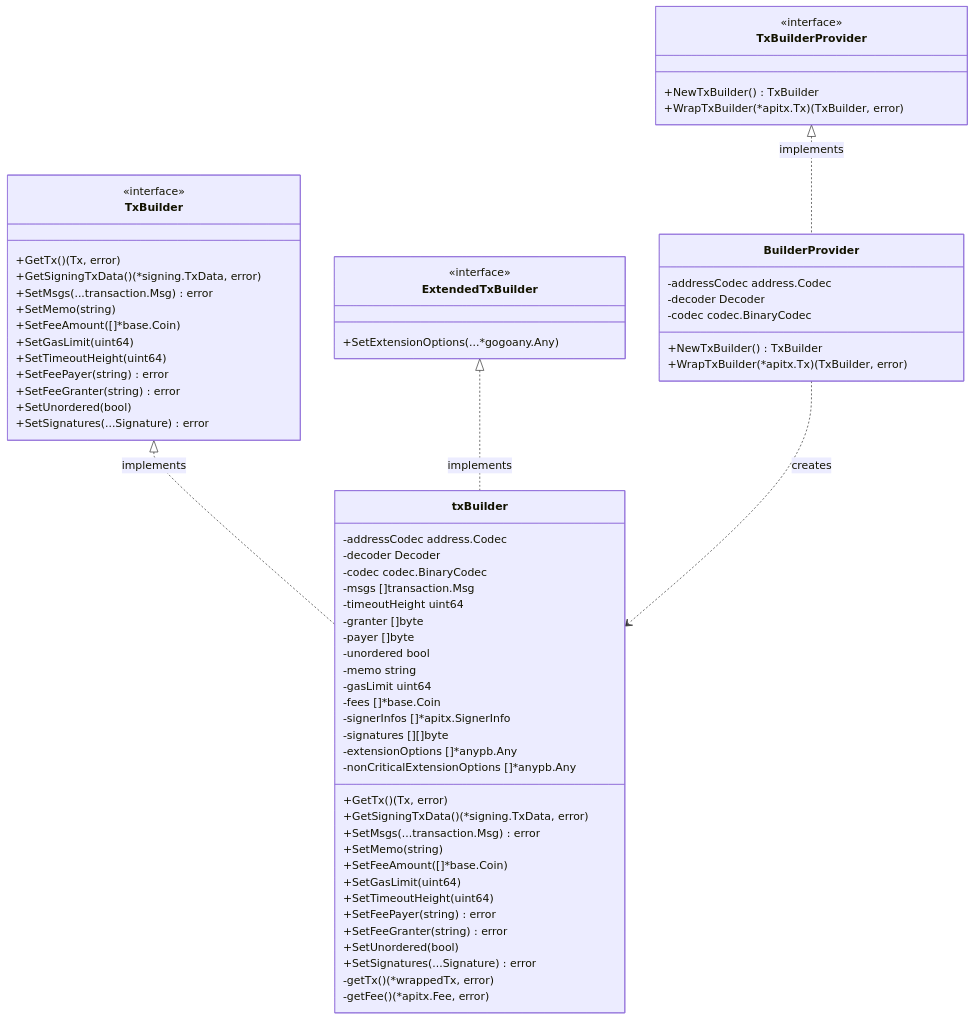
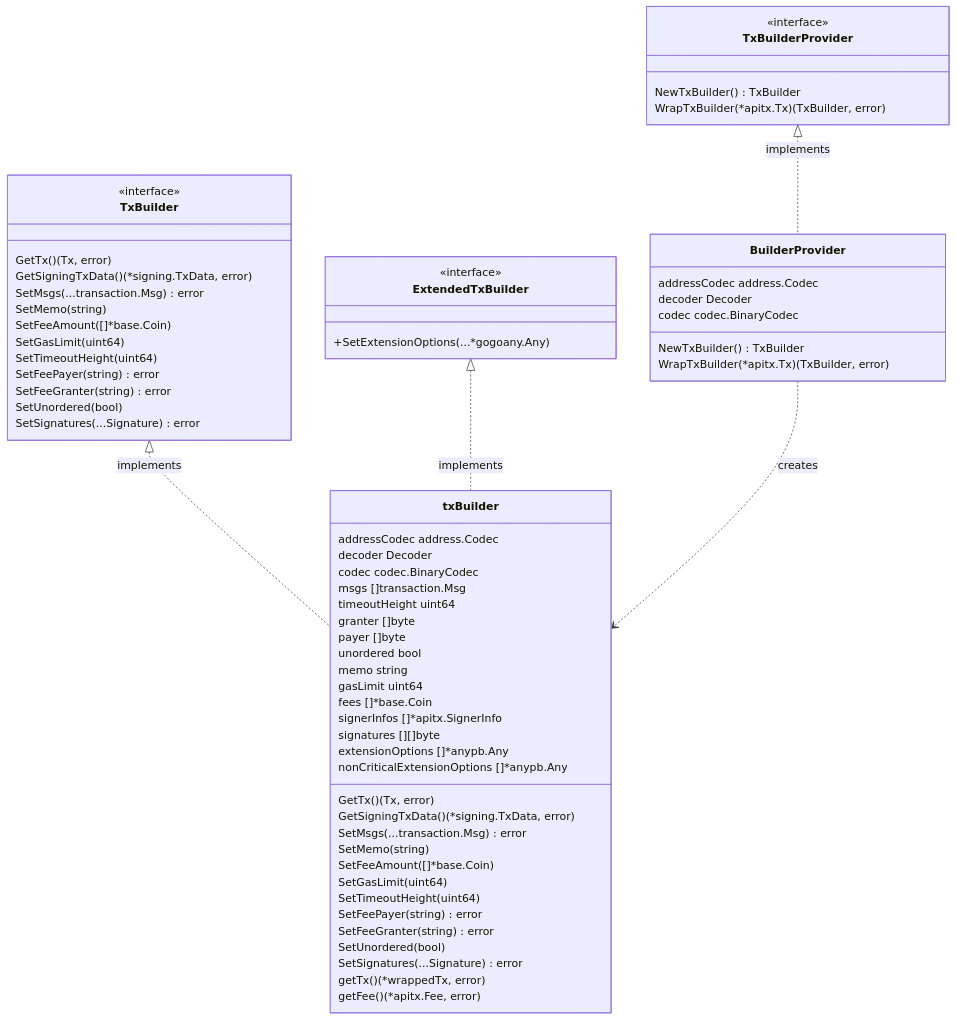
The third of 9 diagrams in client/v2/tx/README.md (cosmos/cosmos-sdk), drawn with Mermaid before and after one commit. The commit also changed other lines of this file and 3 other files, not shown here.

````diff
--- a/client/v2/tx/README.md
+++ b/client/v2/tx/README.md
@@ -105,72 +105,72 @@
 ```mermaid
 classDiagram
     class TxBuilder {
         <<interface>>
-        +GetTx() (Tx, error)
-        +GetSigningTxData() (*signing.TxData, error)
-        +SetMsgs(...transaction.Msg) error
-        +SetMemo(string)
-        +SetFeeAmount([]*base.Coin)
-        +SetGasLimit(uint64)
-        +SetTimeoutHeight(uint64)
-        +SetFeePayer(string) error
-        +SetFeeGranter(string) error
-        +SetUnordered(bool)
-        +SetSignatures(...Signature) error
+        GetTx() (Tx, error)
+        GetSigningTxData() (*signing.TxData, error)
+        SetMsgs(...transaction.Msg) error
+        SetMemo(string)
+        SetFeeAmount([]*base.Coin)
+        SetGasLimit(uint64)
+        SetTimeoutHeight(uint64)
+        SetFeePayer(string) error
+        SetFeeGranter(string) error
+        SetUnordered(bool)
+        SetSignatures(...Signature) error
     }
 
     class ExtendedTxBuilder {
         <<interface>>
         +SetExtensionOptions(...*gogoany.Any)
     }
 
     class txBuilder {
-        -addressCodec address.Codec
-        -decoder Decoder
-        -codec codec.BinaryCodec
-        -msgs []transaction.Msg
-        -timeoutHeight uint64
-        -granter []byte
-        -payer []byte
-        -unordered bool
-        -memo string
-        -gasLimit uint64
-        -fees []*base.Coin
-        -signerInfos []*apitx.SignerInfo
-        -signatures [][]byte
-        -extensionOptions []*anypb.Any
-        -nonCriticalExtensionOptions []*anypb.Any
-        +GetTx() (Tx, error)
-        +GetSigningTxData() (*signing.TxData, error)
-        +SetMsgs(...transaction.Msg) error
-        +SetMemo(string)
-        +SetFeeAmount([]*base.Coin)
-        +SetGasLimit(uint64)
-        +SetTimeoutHeight(uint64)
-        +SetFeePayer(string) error
-        +SetFeeGranter(string) error
-        +SetUnordered(bool)
-        +SetSignatures(...Signature) error
-        -getTx() (*wrappedTx, error)
-        -getFee() (*apitx.Fee, error)
+        addressCodec address.Codec
+        decoder Decoder
+        codec codec.BinaryCodec
+        msgs []transaction.Msg
+        timeoutHeight uint64
+        granter []byte
+        payer []byte
+        unordered bool
+        memo string
+        gasLimit uint64
+        fees []*base.Coin
+        signerInfos []*apitx.SignerInfo
+        signatures [][]byte
+        extensionOptions []*anypb.Any
+        nonCriticalExtensionOptions []*anypb.Any
+        GetTx() (Tx, error)
+        GetSigningTxData() (*signing.TxData, error)
+        SetMsgs(...transaction.Msg) error
+        SetMemo(string)
+        SetFeeAmount([]*base.Coin)
+        SetGasLimit(uint64)
+        SetTimeoutHeight(uint64)
+        SetFeePayer(string) error
+        SetFeeGranter(string) error
+        SetUnordered(bool)
+        SetSignatures(...Signature) error
+        getTx() (*wrappedTx, error)
+        getFee() (*apitx.Fee, error)
     }
 
     class TxBuilderProvider {
         <<interface>>
-        +NewTxBuilder() TxBuilder
-        +WrapTxBuilder(*apitx.Tx) (TxBuilder, error)
+        NewTxBuilder() TxBuilder
+        WrapTxBuilder(*apitx.Tx) (TxBuilder, error)
     }
 
     class BuilderProvider {
-        -addressCodec address.Codec
-        -decoder Decoder
-        -codec codec.BinaryCodec
-        +NewTxBuilder() TxBuilder
-        +WrapTxBuilder(*apitx.Tx) (TxBuilder, error)
+        addressCodec address.Codec
+        decoder Decoder
+        codec codec.BinaryCodec
+        NewTxBuilder() TxBuilder
+        WrapTxBuilder(*apitx.Tx) (TxBuilder, error)
     }
 
     TxBuilder <|.. txBuilder : implements
     ExtendedTxBuilder <|.. txBuilder : implements
     TxBuilderProvider <|.. BuilderProvider : implements
     BuilderProvider ..> txBuilder : creates
 ```
````
